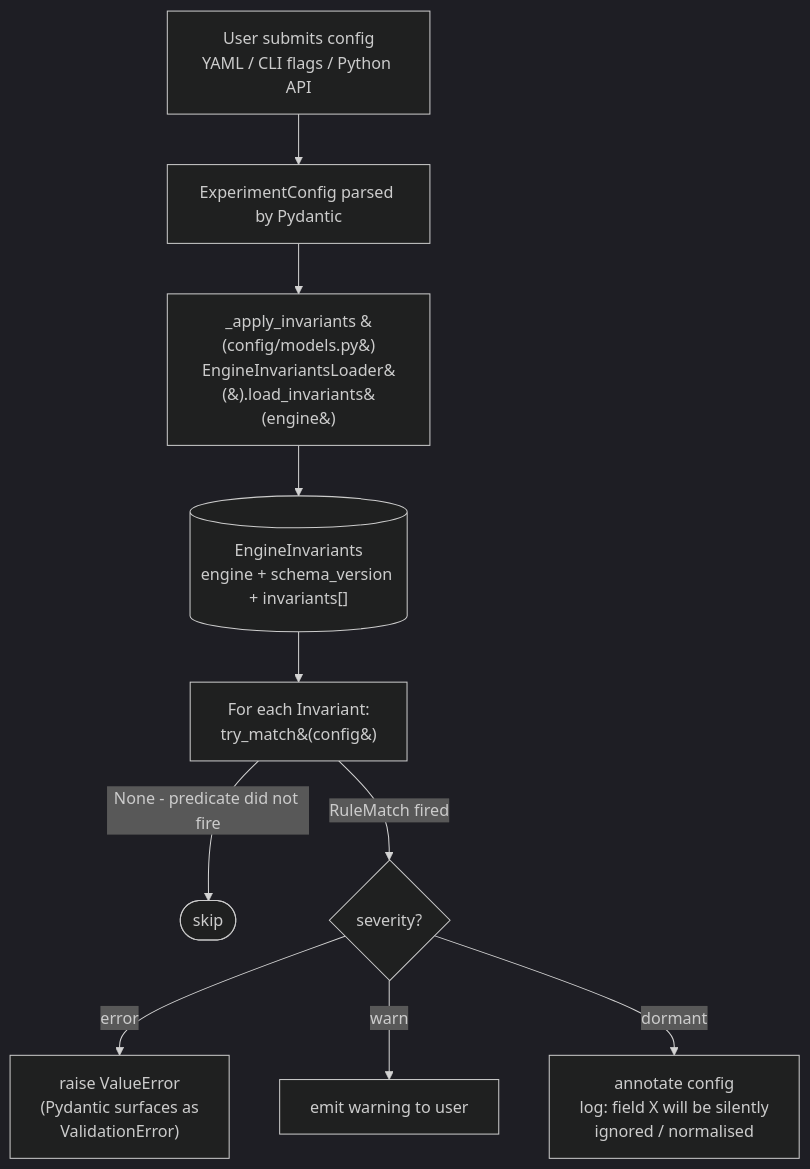
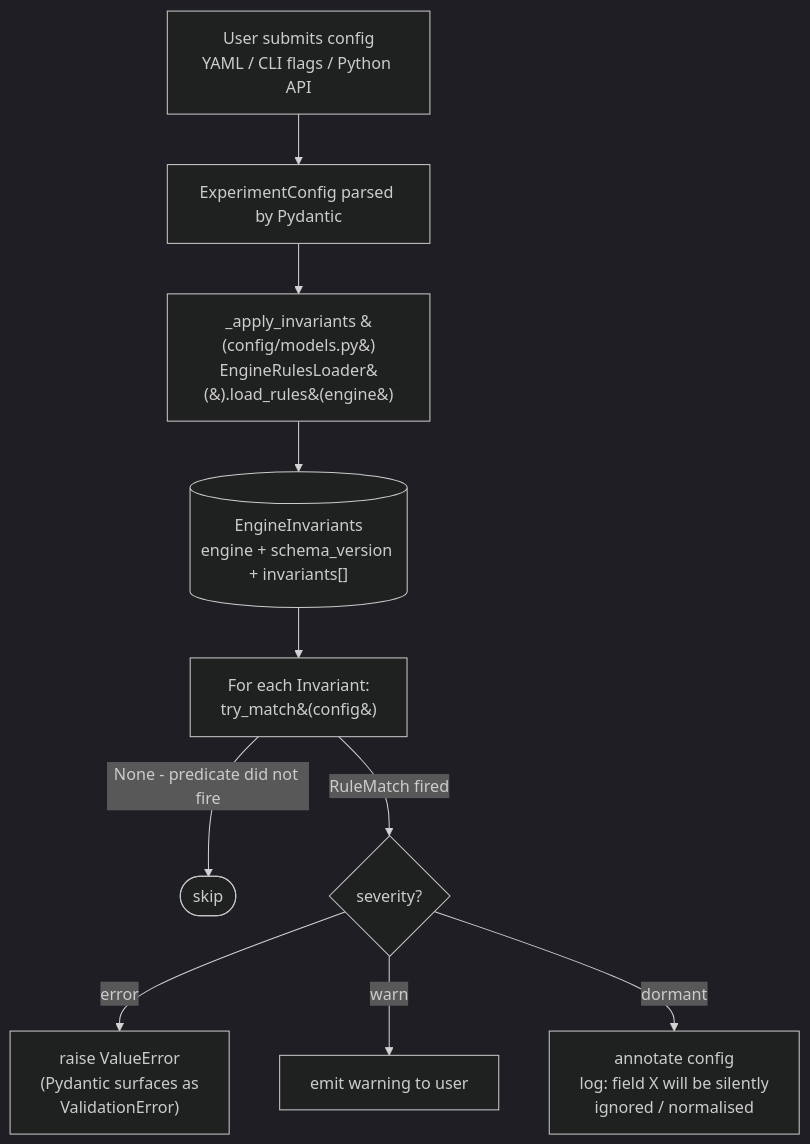
The first of 2 diagrams in docs/explanation/architecture/parameter-discovery.md (henrycgbaker/LLenergyMeasure), drawn with Mermaid (dark theme) before and after one commit. The commit also changed other lines of this file and 55 other files, not shown here.

First line of the commit message:
refactor(config): rename engine invariants artefacts and loader to rules

````diff
--- a/docs/explanation/architecture/parameter-discovery.md
+++ b/docs/explanation/architecture/parameter-discovery.md
@@ -21,17 +21,17 @@
 ```mermaid
 flowchart TB
     user[User submits config<br/>YAML / CLI flags / Python API]
     pydantic[ExperimentConfig parsed by Pydantic]
-    apply[_apply_invariants &#40;config/models.py&#41;<br/>EngineInvariantsLoader&#40;&#41;.load_invariants&#40;engine&#41;]
+    apply[_apply_invariants &#40;config/models.py&#41;<br/>EngineRulesLoader&#40;&#41;.load_rules&#40;engine&#41;]
     inv[(EngineInvariants<br/>engine + schema_version + invariants&lsqb;&rsqb;)]
 
     user --> pydantic --> apply --> inv
 
     inv --> rule[For each Invariant:<br/>try_match&#40;config&#41;]
     rule -->|None - predicate did not fire| skip([skip])
     rule -->|RuleMatch fired| match{severity?}
 
     match -->|error| err["raise ValueError<br/>(Pydantic surfaces as<br/>ValidationError)"]
     match -->|warn| warn[emit warning to user]
     match -->|dormant| dormant["annotate config<br/>log: field X will be silently<br/>ignored / normalised"]
 ```
````
